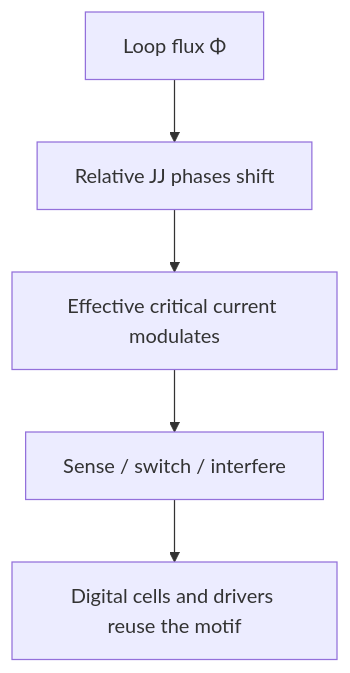
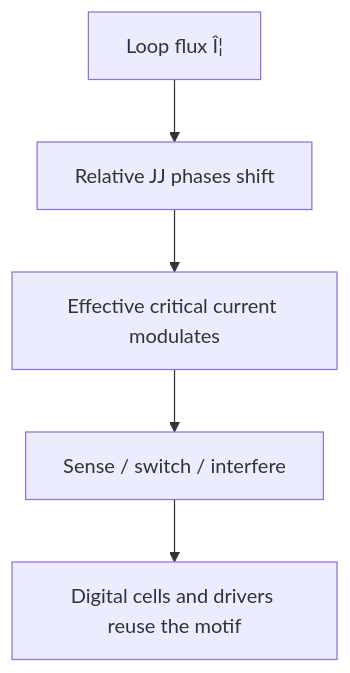
Before and after one commit to Single-Flux-Quantum/sfq-learn-public: the second of 2 diagrams in docs/fundamentals/superconducting-loop-squid.md, drawn with Mermaid. The commit also changed other lines of this file and 41 other files, not shown here.

````diff
--- a/docs/fundamentals/superconducting-loop-squid.md
+++ b/docs/fundamentals/superconducting-loop-squid.md
@@ -66,7 +66,7 @@
 ```mermaid
 flowchart TD
-  Flux[Loop flux Φ] --> Phase[Relative JJ phases shift]
+  Flux[Loop flux Î¦] --> Phase[Relative JJ phases shift]
   Phase --> IcEff[Effective critical current modulates]
   IcEff --> Sense[Sense / switch / interfere]
   Sense --> Dig[Digital cells and drivers reuse the motif]
 ```
````
